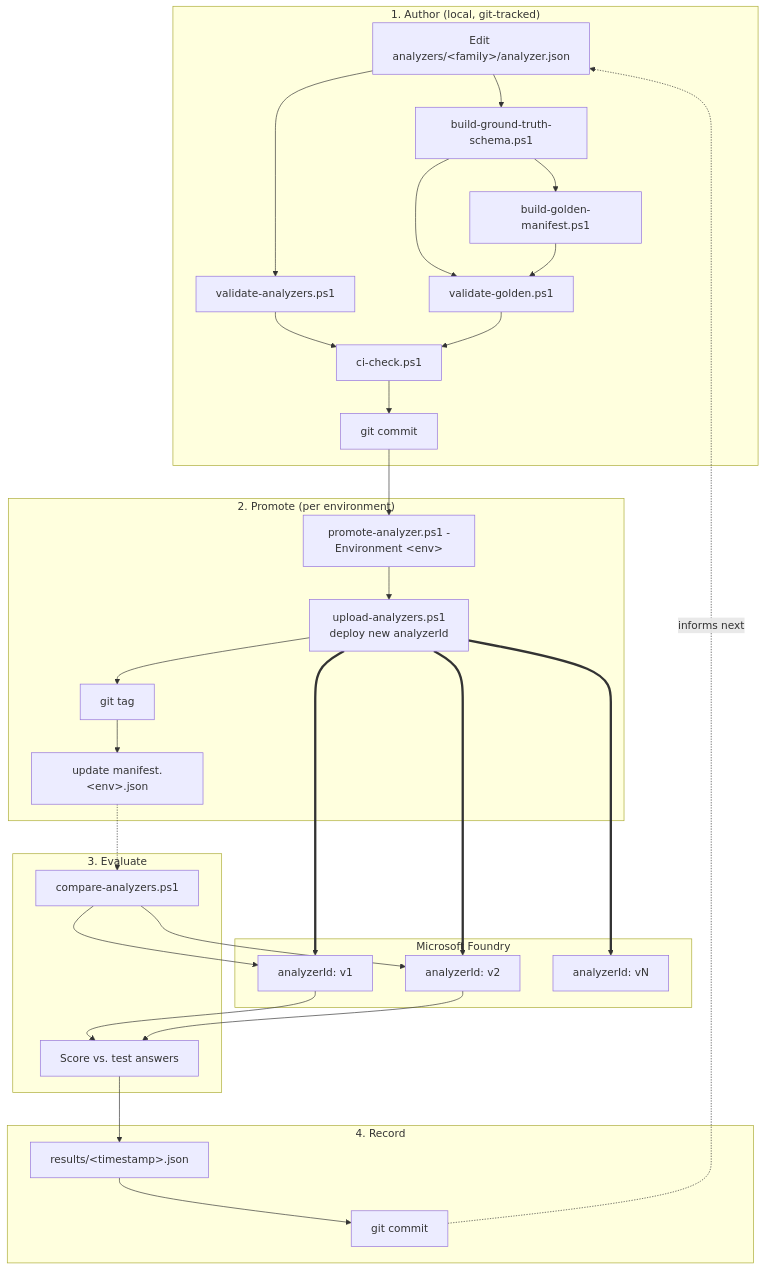
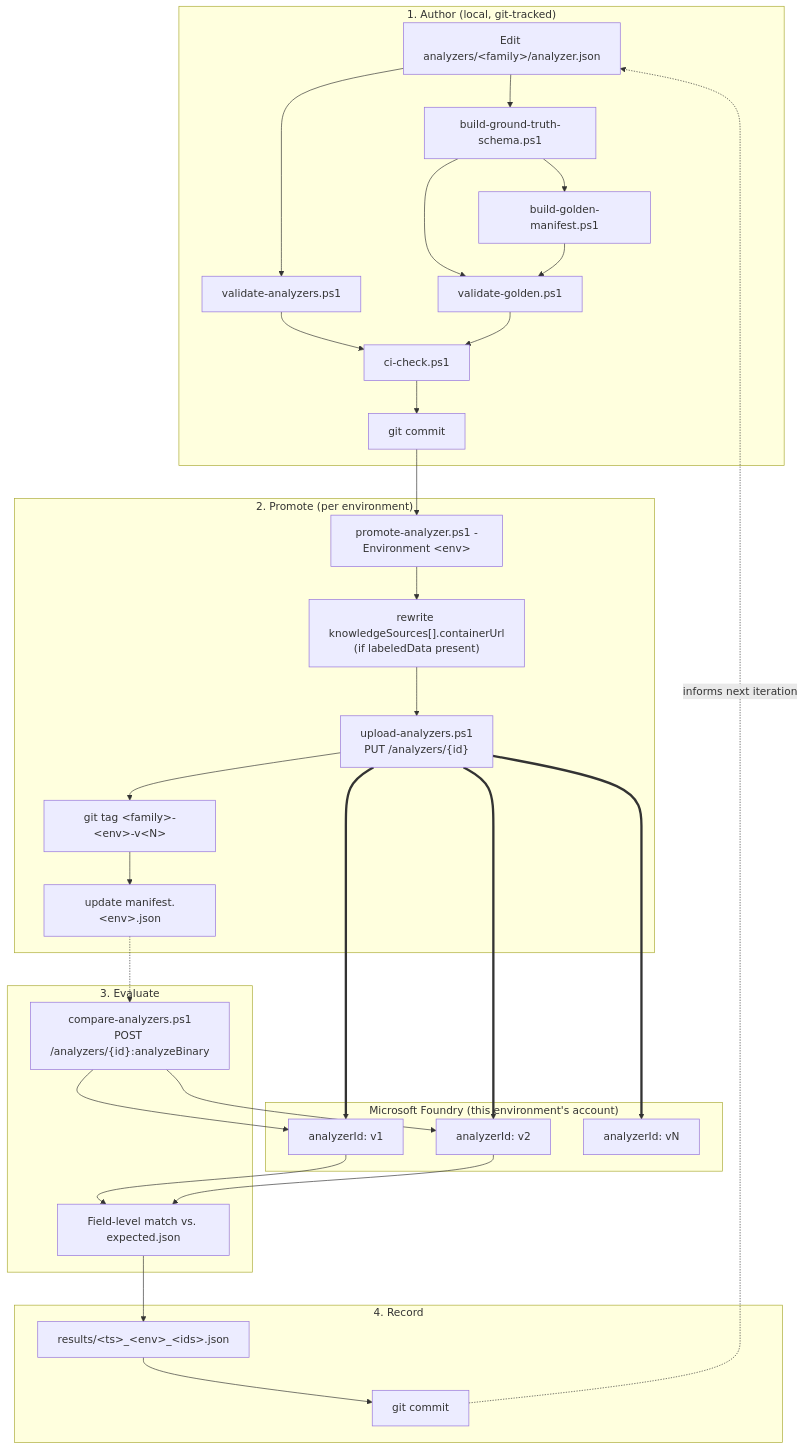
One commit to georgeollis/content-understanding-mlops changed the second of 2 diagrams in docs/mlops-pipeline.md. Above: the diagram before and after it, drawn with Mermaid. The commit also changed other lines of this file and 3 other files, not shown here.

First line of the commit message:
docs: rewrite README, mlops-pipeline, azure-foundry-architecture in technical reference style

````diff
--- a/docs/mlops-pipeline.md
+++ b/docs/mlops-pipeline.md
@@ -223,59 +262,60 @@
 ```mermaid
 graph TB
     subgraph AUTHOR["1. Author (local, git-tracked)"]
         EDIT["Edit analyzers/&lt;family&gt;/analyzer.json"]
         VALA["validate-analyzers.ps1"]
         GTSCHEMA["build-ground-truth-schema.ps1"]
         GOLDMAN["build-golden-manifest.ps1"]
         VALG["validate-golden.ps1"]
         CI["ci-check.ps1"]
         COMMIT["git commit"]
 
         EDIT --> VALA
         EDIT --> GTSCHEMA --> VALG
         GTSCHEMA --> GOLDMAN --> VALG
         VALA --> CI
         VALG --> CI
         CI --> COMMIT
     end
 
     subgraph PROMOTE["2. Promote (per environment)"]
         PROMOTESCRIPT["promote-analyzer.ps1 -Environment &lt;env&gt;"]
-        UPLOAD["upload-analyzers.ps1<br/>deploy new analyzerId"]
-        TAG["git tag"]
+        REWRITE["rewrite knowledgeSources[].containerUrl<br/>(if labeledData present)"]
+        UPLOAD["upload-analyzers.ps1<br/>PUT /analyzers/{id}"]
+        TAG["git tag &lt;family&gt;-&lt;env&gt;-v&lt;N&gt;"]
         MANIFEST["update manifest.&lt;env&gt;.json"]
 
         COMMIT --> PROMOTESCRIPT
-        PROMOTESCRIPT --> UPLOAD --> TAG --> MANIFEST
+        PROMOTESCRIPT --> REWRITE --> UPLOAD --> TAG --> MANIFEST
     end
 
-    subgraph AZURE["Microsoft Foundry"]
+    subgraph AZURE["Microsoft Foundry (this environment's account)"]
         ANALYZERV1["analyzerId: v1"]
         ANALYZERV2["analyzerId: v2"]
         ANALYZERVN["analyzerId: vN"]
     end
 
     UPLOAD ==> ANALYZERV1
     UPLOAD ==> ANALYZERV2
     UPLOAD ==> ANALYZERVN
 
     subgraph EVALUATE["3. Evaluate"]
-        COMPARESCRIPT["compare-analyzers.ps1"]
-        SCORE["Score vs. test answers"]
+        COMPARESCRIPT["compare-analyzers.ps1<br/>POST /analyzers/{id}:analyzeBinary"]
+        SCORE["Field-level match vs. expected.json"]
 
         MANIFEST -.-> COMPARESCRIPT
         COMPARESCRIPT --> ANALYZERV1
         COMPARESCRIPT --> ANALYZERV2
         ANALYZERV1 --> SCORE
         ANALYZERV2 --> SCORE
     end
 
     subgraph RECORD["4. Record"]
-        REPORT["results/&lt;timestamp&gt;.json"]
+        REPORT["results/&lt;ts&gt;_&lt;env&gt;_&lt;ids&gt;.json"]
         COMMIT2["git commit"]
 
         SCORE --> REPORT --> COMMIT2
     end
 
-    COMMIT2 -.->|"informs next"| EDIT
+    COMMIT2 -.->|"informs next iteration"| EDIT
 ```
````
